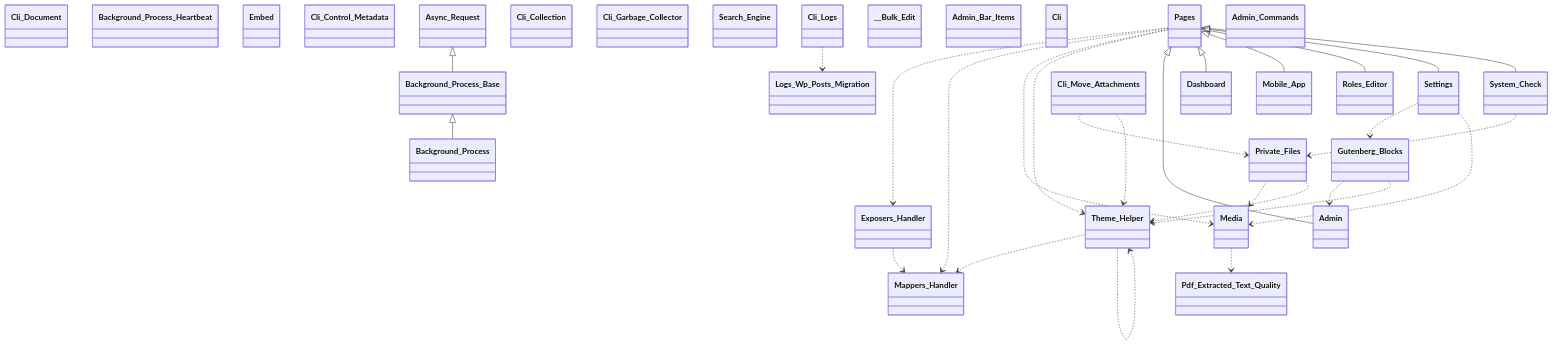
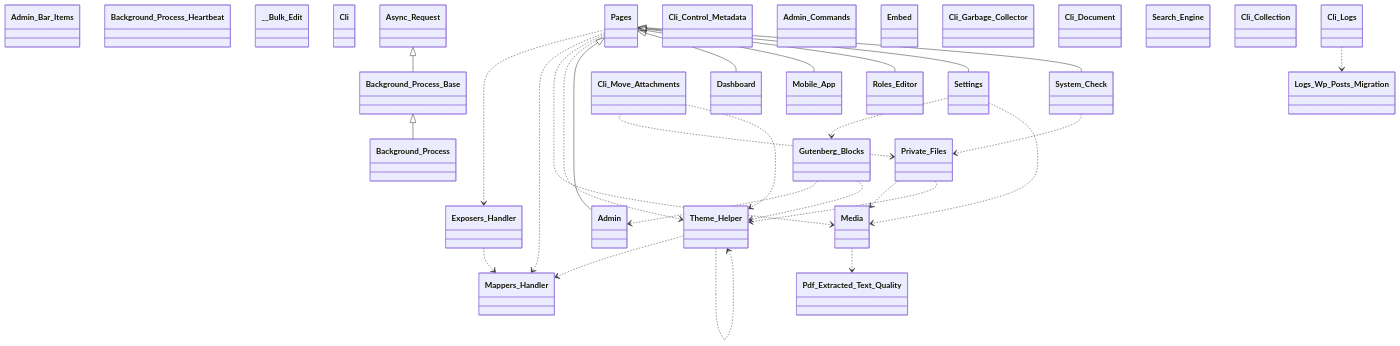
The first of 13 diagrams in docs/phpdoc/Home.md (tainacan/tainacan), drawn with Mermaid before and after one commit. The commit also changed other lines of this file and 97 other files, not shown here.

````diff
--- a/docs/phpdoc/Home.md
+++ b/docs/phpdoc/Home.md
@@ -125,61 +125,61 @@
 ```mermaid
 classDiagram
     direction TB
-    class Dashboard { }
+    class Admin_Bar_Items { }
+    class Gutenberg_Blocks { }
+    class Roles_Editor { }
+    class Background_Process_Heartbeat { }
+    class __Bulk_Edit { }
+    class System_Check { }
     class Exposers_Handler { }
+    class Cli { }
+    class Async_Request { }
+    class Pages { }
+    class Settings { }
+    class Mappers_Handler { }
+    class Cli_Control_Metadata { }
+    class Admin_Commands { }
+    class Embed { }
+    class Pdf_Extracted_Text_Quality { }
+    class Cli_Garbage_Collector { }
+    class Media { }
     class Cli_Document { }
-    class Background_Process_Heartbeat { }
-    class Media { }
-    class Embed { }
-    class Admin { }
-    class Cli_Control_Metadata { }
     class Background_Process { }
-    class Settings { }
-    class Pages { }
-    class Roles_Editor { }
-    class Cli_Collection { }
-    class Cli_Garbage_Collector { }
-    class Pdf_Extracted_Text_Quality { }
-    class Search_Engine { }
-    class Async_Request { }
     class Theme_Helper { }
     class Background_Process_Base { }
-    class Mappers_Handler { }
+    class Dashboard { }
+    class Search_Engine { }
     class Mobile_App { }
-    class __Bulk_Edit { }
-    class Admin_Bar_Items { }
-    class Cli { }
+    class Cli_Collection { }
+    class Cli_Move_Attachments { }
+    class Admin { }
     class Private_Files { }
-    class Gutenberg_Blocks { }
     class Logs_Wp_Posts_Migration { }
     class Cli_Logs { }
-    class Admin_Commands { }
-    class Cli_Move_Attachments { }
-    class System_Check { }
     Async_Request <|-- Background_Process_Base
     Background_Process_Base <|-- Background_Process
     Cli_Logs ..> Logs_Wp_Posts_Migration
     Cli_Move_Attachments ..> Private_Files
     Cli_Move_Attachments ..> Theme_Helper
     Exposers_Handler ..> Mappers_Handler
     Gutenberg_Blocks ..> Admin
     Gutenberg_Blocks ..> Theme_Helper
     Media ..> Pdf_Extracted_Text_Quality
     Pages ..> Exposers_Handler
     Pages ..> Mappers_Handler
     Pages ..> Media
     Pages ..> Theme_Helper
     Pages <|-- Admin
     Pages <|-- Dashboard
     Pages <|-- Mobile_App
     Pages <|-- Roles_Editor
     Pages <|-- Settings
     Pages <|-- System_Check
     Private_Files ..> Media
     Private_Files ..> Theme_Helper
     Settings ..> Gutenberg_Blocks
     Settings ..> Media
     System_Check ..> Private_Files
     Theme_Helper ..> Mappers_Handler
     Theme_Helper ..> Theme_Helper
 ```
````
